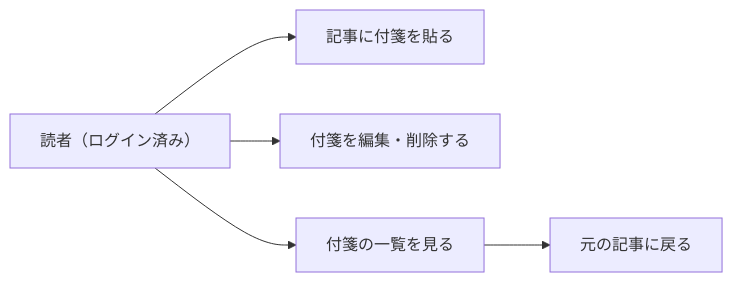
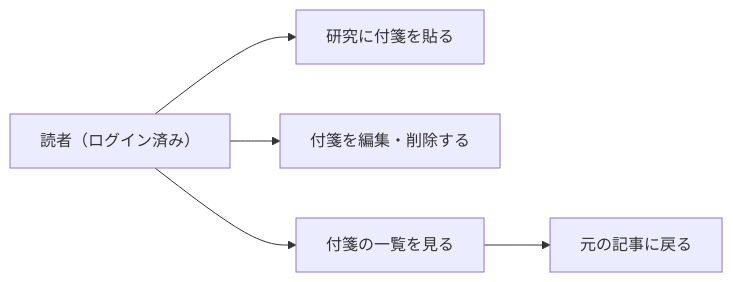
One commit to zakiyama0108/benriyatool changed the diagram in specs/research-digest/bookmark/requirements.md. Above: the diagram before and after it, drawn with Mermaid. The commit also changed other lines of this file and 9 other files, not shown here.

````diff
--- a/specs/research-digest/bookmark/requirements.md
+++ b/specs/research-digest/bookmark/requirements.md
@@ -20,13 +20,13 @@
 ```mermaid
 flowchart LR
     reader["読者（ログイン済み）"]
-    addBookmark["記事に付箋を貼る"]
+    addBookmark["研究に付箋を貼る"]
     editBookmark["付箋を編集・削除する"]
     viewList["付箋の一覧を見る"]
     backToArticle["元の記事に戻る"]
 
     reader --> addBookmark
     reader --> editBookmark
     reader --> viewList
     viewList --> backToArticle
 ```
````
